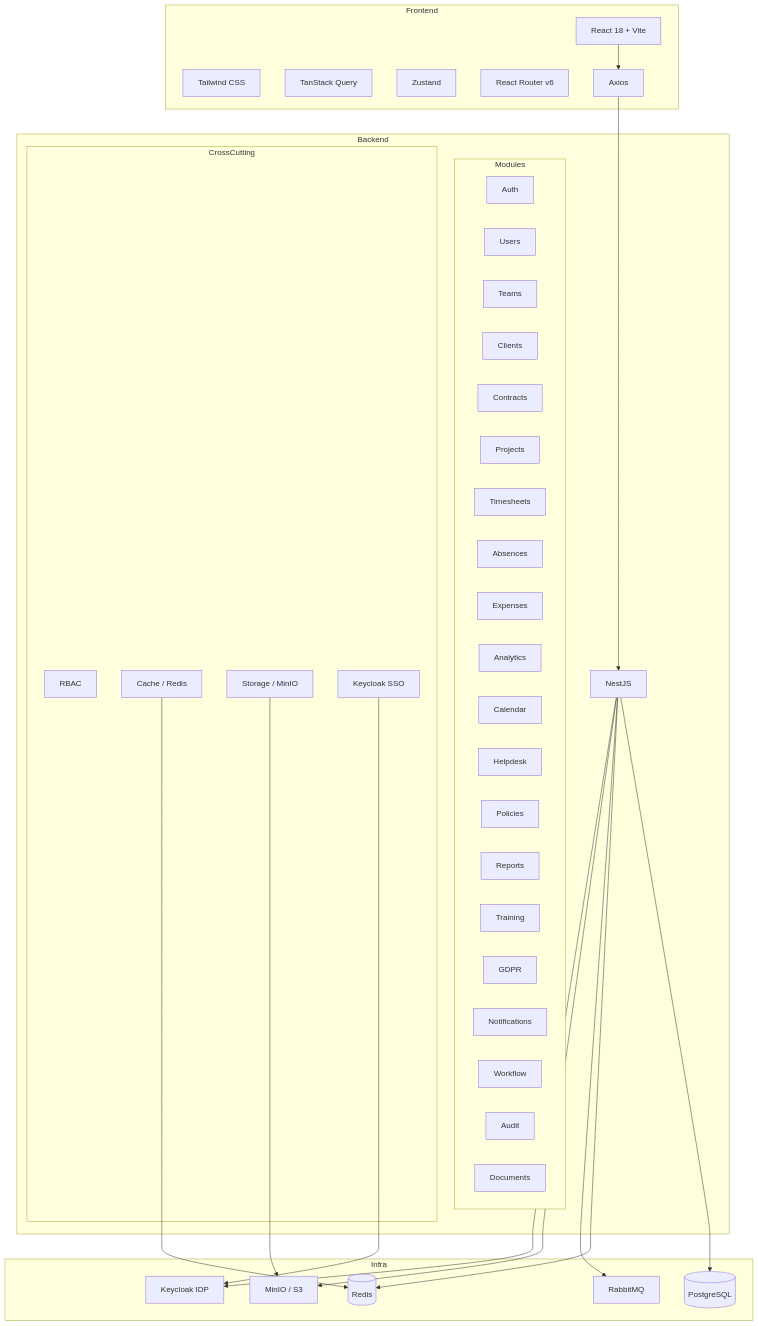
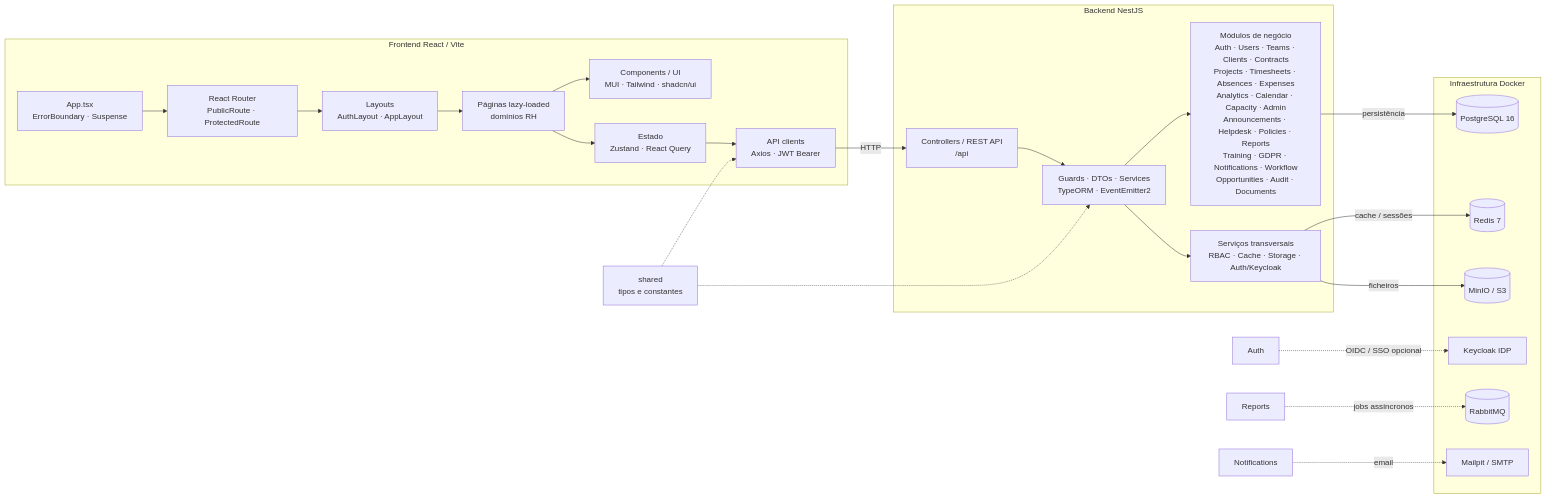
Before and after one commit to barbaraoliveira2308/rh: the first of 3 diagrams in docs/ARCHITECTURE.md, drawn with Mermaid. The commit also changed other lines of this file, not shown here.

Commit message:
docs(architecture): update current component diagram

````diff
--- a/docs/ARCHITECTURE.md
+++ b/docs/ARCHITECTURE.md
@@ -13,62 +13,46 @@
 ```mermaid
-graph TB
-    subgraph Frontend
-        REACT[React 18 + Vite]
-        TAILWIND[Tailwind CSS]
-        TANSTACK[TanStack Query]
-        ZUSTAND[Zustand]
-        ROUTER[React Router v6]
-        AXIOS[Axios]
+flowchart LR
+    subgraph FE[Frontend React / Vite]
+        APP[App.tsx<br/>ErrorBoundary · Suspense]
+        ROUTES[React Router<br/>PublicRoute · ProtectedRoute]
+        LAYOUTS[Layouts<br/>AuthLayout · AppLayout]
+        PAGES[Páginas lazy-loaded<br/>domínios RH]
+        UI[Components / UI<br/>MUI · Tailwind · shadcn/ui]
+        STATE[Estado<br/>Zustand · React Query]
+        API[API clients<br/>Axios · JWT Bearer]
+        APP --> ROUTES --> LAYOUTS --> PAGES
+        PAGES --> UI
+        PAGES --> STATE
+        STATE --> API
     end
 
-    subgraph Backend
-        NESTJS[NestJS]
-        subgraph Modules
-            AUTH[Auth]
-            USERS[Users]
-            TEAMS[Teams]
-            CLIENTS[Clients]
-            CONTRACTS[Contracts]
-            PROJECTS[Projects]
-            TIMESHEETS[Timesheets]
-            ABSENCES[Absences]
-            EXPENSES[Expenses]
-            ANALYTICS[Analytics]
-            CALENDAR[Calendar]
-            HELPDESK[Helpdesk]
-            POLICIES[Policies]
-            REPORTS[Reports]
-            TRAINING[Training]
-            GDPR[GDPR]
-            NOTIFICATIONS[Notifications]
-            WORKFLOW[Workflow]
-            AUDIT[Audit]
-            DOCUMENTS[Documents]
-        end
-        subgraph CrossCutting
-            RBAC[RBAC]
-            CACHE[Cache / Redis]
-            STORAGE[Storage / MinIO]
-            KEYCLOAK[Keycloak SSO]
-        end
+    SHARED[shared<br/>tipos e constantes]
+
+    subgraph BE[Backend NestJS]
+        HTTP[Controllers / REST API<br/>/api]
+        CORE[Guards · DTOs · Services<br/>TypeORM · EventEmitter2]
+        MODULES[Módulos de negócio<br/>Auth · Users · Teams · Clients · Contracts<br/>Projects · Timesheets · Absences · Expenses<br/>Analytics · Calendar · Capacity · Admin<br/>Announcements · Helpdesk · Policies · Reports<br/>Training · GDPR · Notifications · Workflow<br/>Opportunities · Audit · Documents]
+        CROSS[Serviços transversais<br/>RBAC · Cache · Storage · Auth/Keycloak]
+        HTTP --> CORE --> MODULES
+        CORE --> CROSS
     end
 
-    subgraph Infra
-        PG[(PostgreSQL)]
-        REDIS[(Redis)]
-        RABBIT[RabbitMQ]
-        MINIO[MinIO / S3]
+    subgraph INFRA[Infraestrutura Docker]
+        PG[(PostgreSQL 16)]
+        REDIS[(Redis 7)]
+        RABBIT[(RabbitMQ)]
+        MINIO[(MinIO / S3)]
         KC[Keycloak IDP]
+        SMTP[Mailpit / SMTP]
     end
 
-    REACT --> AXIOS
-    AXIOS --> NESTJS
-    NESTJS --> PG
-    NESTJS --> REDIS
-    NESTJS --> RABBIT
-    NESTJS --> MINIO
-    NESTJS --> KC
-    CACHE --> REDIS
-    STORAGE --> MINIO
-    KEYCLOAK --> KC
+    API -->|HTTP| HTTP
+    SHARED -.-> API
+    SHARED -.-> CORE
+    MODULES -->|persistência| PG
+    CROSS -->|cache / sessões| REDIS
+    CROSS -->|ficheiros| MINIO
+    AUTH[Auth] -.->|OIDC / SSO opcional| KC
+    REPORTS[Reports] -.->|jobs assíncronos| RABBIT
+    NOTIFY[Notifications] -.->|email| SMTP
 ```
````
